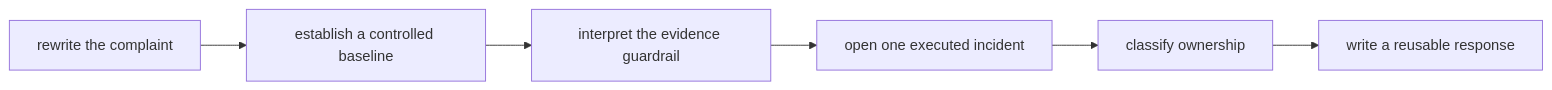
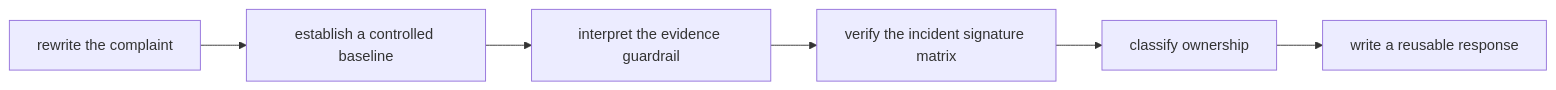
Before and after one commit to bijux/bijux-masterclass: the second of 2 diagrams in programs/reproducible-research/deep-dive-make/course-book/module-09-performance-observability-incident-response/worked-example-investigating-a-slow-and-noisy-build.md, drawn with Mermaid. The commit also changed other lines of this file and 13 other files, not shown here.

````diff
--- a/programs/reproducible-research/deep-dive-make/course-book/module-09-performance-observability-incident-response/worked-example-investigating-a-slow-and-noisy-build.md
+++ b/programs/reproducible-research/deep-dive-make/course-book/module-09-performance-observability-incident-response/worked-example-investigating-a-slow-and-noisy-build.md
@@ -18,8 +18,8 @@
 ```mermaid
 flowchart LR
   claim["rewrite the complaint"] --> baseline["establish a controlled baseline"]
   baseline --> guardrail["interpret the evidence guardrail"]
-  guardrail --> incident["open one executed incident"]
+  guardrail --> incident["verify the incident signature matrix"]
   incident --> classify["classify ownership"]
   classify --> runbook["write a reusable response"]
 ```
````
